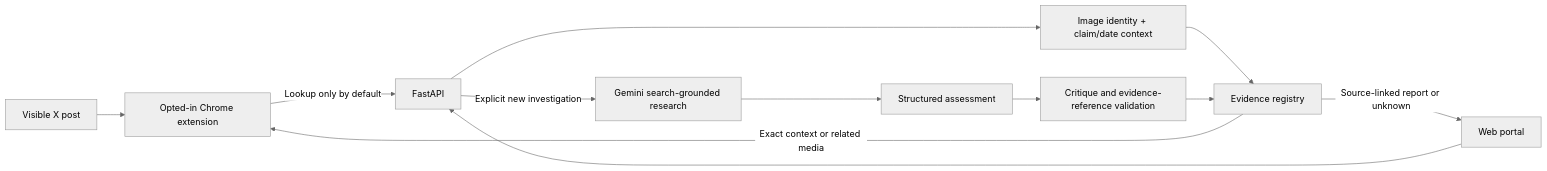
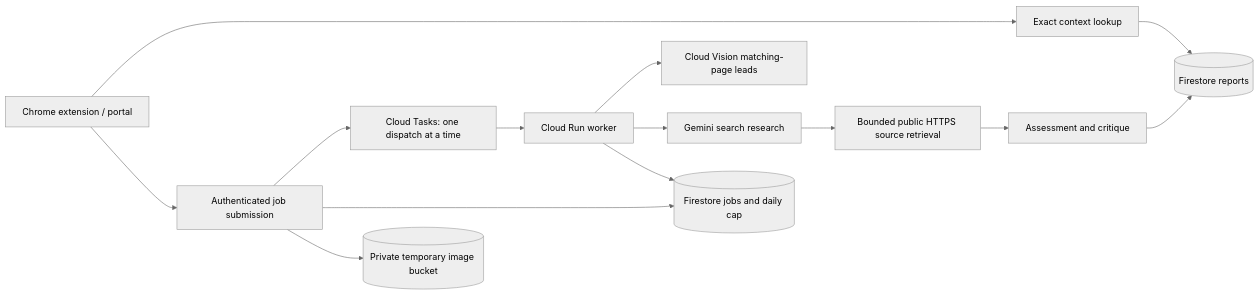
One commit to htg2704/proofmesh changed the diagram in docs/ARCHITECTURE.md. Above: the diagram before and after it, drawn with Mermaid (neutral theme). The commit also changed other lines of this file and 17 other files, not shown here.

Commit message:
Verify public cloud workflow and bound the month-long live window

````diff
--- a/docs/ARCHITECTURE.md
+++ b/docs/ARCHITECTURE.md
@@ -3,14 +3,16 @@
 ```mermaid
 flowchart LR
-  X[Visible X post] --> E[Opted-in Chrome extension]
-  P[Web portal] --> API[FastAPI]
-  E -->|Lookup only by default| API
-  API --> F[Image identity + claim/date context]
-  F --> R[Evidence registry]
-  API -->|Explicit new investigation| G[Gemini search-grounded research]
-  G --> A[Structured assessment]
-  A --> C[Critique and evidence-reference validation]
-  C --> R
-  R -->|Source-linked report or unknown| P
-  R -->|Exact context or related media| E
+  E[Chrome extension / portal] --> M[Exact context lookup]
+  M --> F[(Firestore reports)]
+  E --> J[Authenticated job submission]
+  J --> Q[Cloud Tasks: one dispatch at a time]
+  J --> D[(Firestore jobs and daily cap)]
+  J --> B[(Private temporary image bucket)]
+  Q --> W[Cloud Run worker]
+  W --> V[Cloud Vision matching-page leads]
+  W --> G[Gemini search research]
+  G --> R[Bounded public HTTPS source retrieval]
+  R --> A[Assessment and critique]
+  A --> F
+  W --> D
 ```
````
